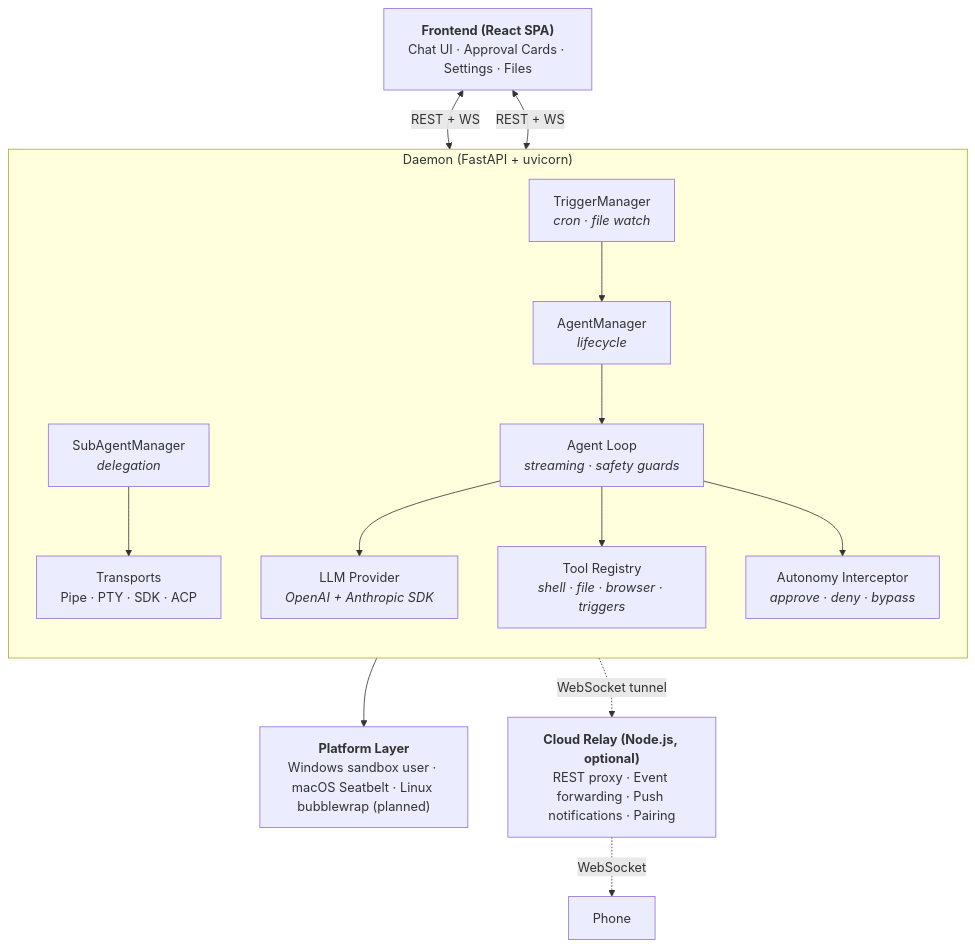
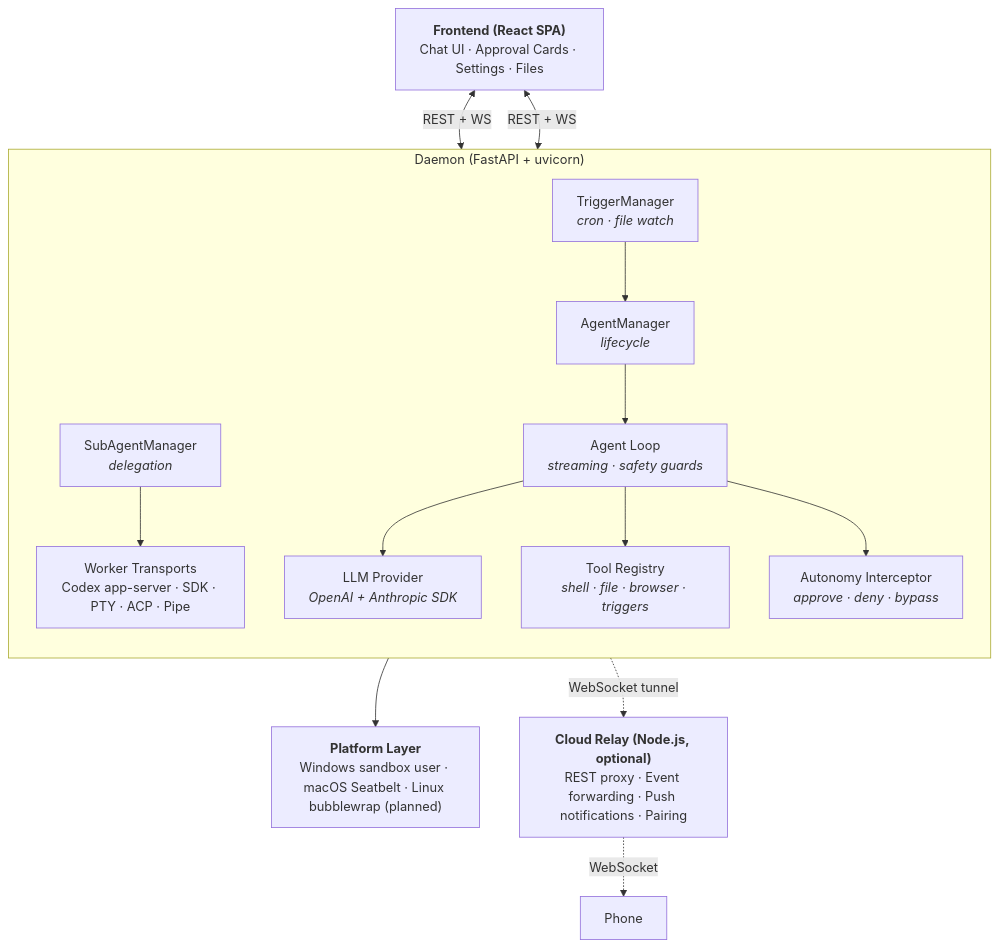
One commit to zqiren/Orbital changed the diagram in README.md. Above: the diagram before and after it, drawn with Mermaid. The commit also changed other lines of this file and 1 other file, not shown here.

````diff
--- a/README.md
+++ b/README.md
@@ -105,33 +105,33 @@
 ```mermaid
 flowchart TB
     UI["<b>Frontend (React SPA)</b><br/>Chat UI · Approval Cards · Settings · Files"]
 
     subgraph daemon["Daemon (FastAPI + uvicorn)"]
         direction TB
         AM["AgentManager<br/><i>lifecycle</i>"]
         SAM["SubAgentManager<br/><i>delegation</i>"]
         TM["TriggerManager<br/><i>cron · file watch</i>"]
         Loop["Agent Loop<br/><i>streaming · safety guards</i>"]
-        TR["Transports<br/>Pipe · PTY · SDK · ACP"]
+        TR["Worker Transports<br/>Codex app-server · SDK · PTY · ACP · Pipe"]
         LLM["LLM Provider<br/><i>OpenAI + Anthropic SDK</i>"]
         Tools["Tool Registry<br/><i>shell · file · browser · triggers</i>"]
         Auto["Autonomy Interceptor<br/><i>approve · deny · bypass</i>"]
 
         AM --> Loop
         SAM --> TR
         TM --> AM
         Loop --> LLM
         Loop --> Tools
         Loop --> Auto
     end
 
     Platform["<b>Platform Layer</b><br/>Windows sandbox user · macOS Seatbelt · Linux bubblewrap (planned)"]
     Relay["<b>Cloud Relay (Node.js, optional)</b><br/>REST proxy · Event forwarding · Push notifications · Pairing"]
     Phone["Phone"]
 
     UI <-->|REST + WS| AM
     UI <-->|REST + WS| SAM
     Tools --> Platform
     AM -.WebSocket tunnel.-> Relay
     Relay -.WebSocket.-> Phone
 ```
````
